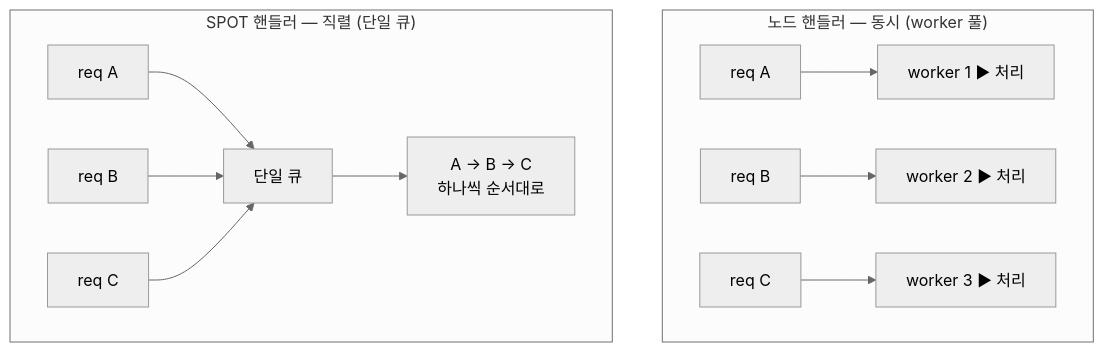
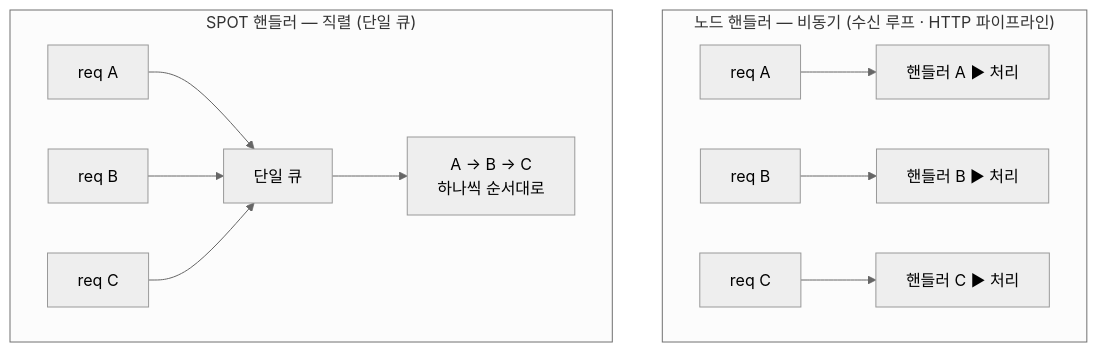
One commit to kairos-code-dev/zlink changed the ninth of 12 diagrams in framework/doc/framework/dotnet/guide/03-concepts.ko.md. Above: the diagram before and after it, drawn with Mermaid (neutral theme). The commit also changed other lines of this file, not shown here.

````diff
--- a/framework/doc/framework/dotnet/guide/03-concepts.ko.md
+++ b/framework/doc/framework/dotnet/guide/03-concepts.ko.md
@@ -227,16 +228,16 @@
 ```mermaid
 graph TB
-    subgraph N ["노드 핸들러 — 동시 (worker 풀)"]
+    subgraph N ["노드 핸들러 — 비동기 (수신 루프 · HTTP 파이프라인)"]
         direction LR
-        NR1["req A"] --> NW1["worker 1 ▶ 처리"]
-        NR2["req B"] --> NW2["worker 2 ▶ 처리"]
-        NR3["req C"] --> NW3["worker 3 ▶ 처리"]
+        NR1["req A"] --> NW1["핸들러 A ▶ 처리"]
+        NR2["req B"] --> NW2["핸들러 B ▶ 처리"]
+        NR3["req C"] --> NW3["핸들러 C ▶ 처리"]
     end
     subgraph S ["SPOT 핸들러 — 직렬 (단일 큐)"]
         direction LR
         SR1["req A"] --> SQ["단일 큐"]
         SR2["req B"] --> SQ
         SR3["req C"] --> SQ
         SQ --> SEX["A → B → C<br/>하나씩 순서대로"]
     end
 ```
````
